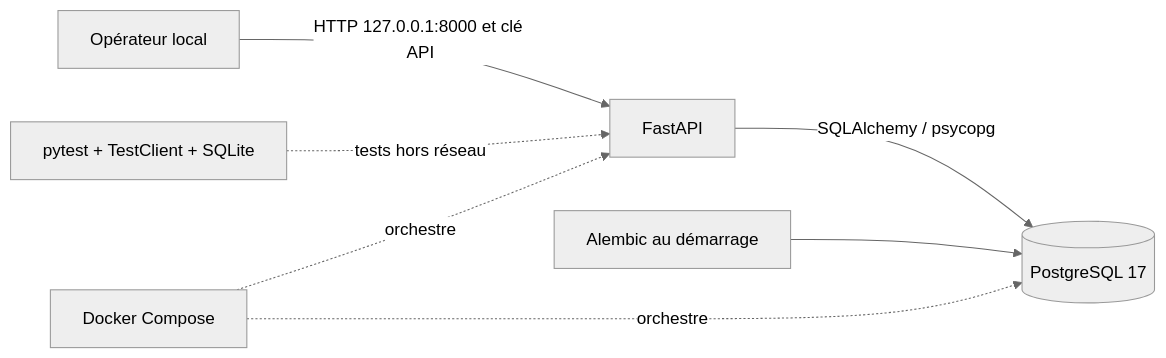
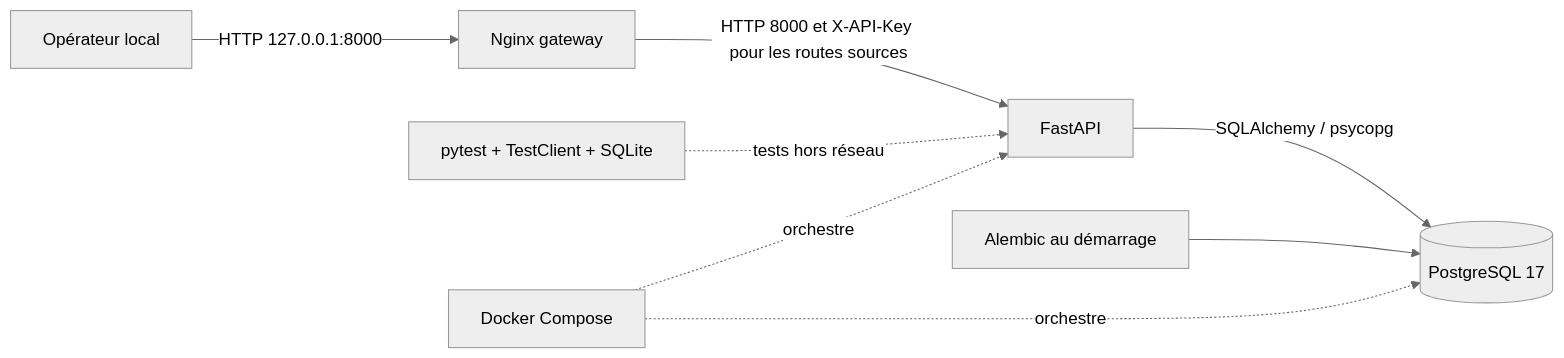
Before and after one commit to RobinArcangioli/onion-intelligence-platform: the first of 2 diagrams in docs/01-architecture.md, drawn with Mermaid (neutral theme). The commit also changed other lines of this file and 6 other files, not shown here.

````diff
--- a/docs/01-architecture.md
+++ b/docs/01-architecture.md
@@ -5,9 +5,10 @@
 ```mermaid
 flowchart LR
-  Operateur[Opérateur local] -->|HTTP 127.0.0.1:8000 et clé API| API[FastAPI]
+  Operateur[Opérateur local] -->|HTTP 127.0.0.1:8000| GW[Nginx gateway]
+  GW -->|HTTP 8000 et X-API-Key pour les routes sources| API[FastAPI]
   API -->|SQLAlchemy / psycopg| DB[(PostgreSQL 17)]
   Migr[Alembic au démarrage] --> DB
   Tests[pytest + TestClient + SQLite] -. tests hors réseau .-> API
   Compose[Docker Compose] -.orchestre .-> API
   Compose -.orchestre .-> DB
 ```
````
